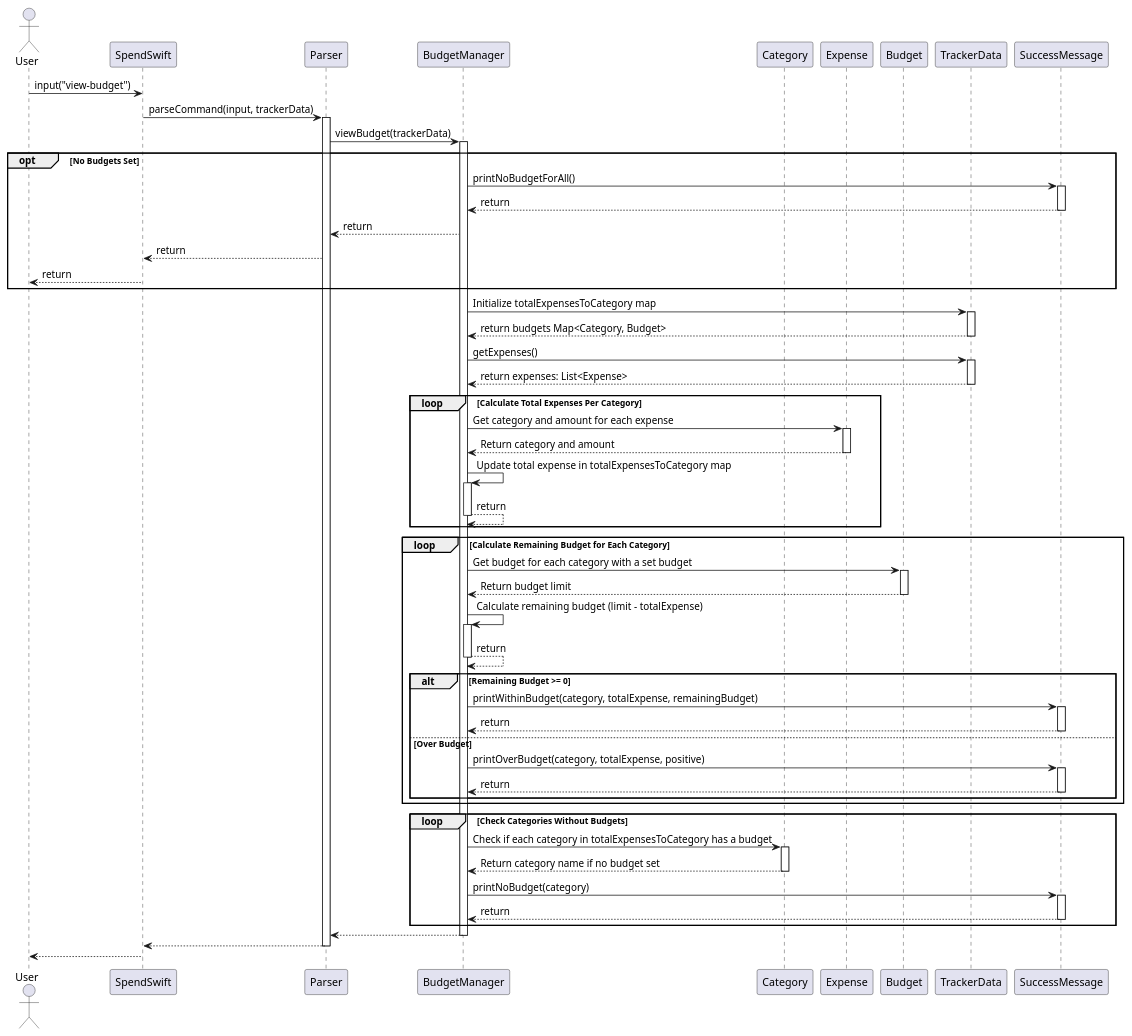
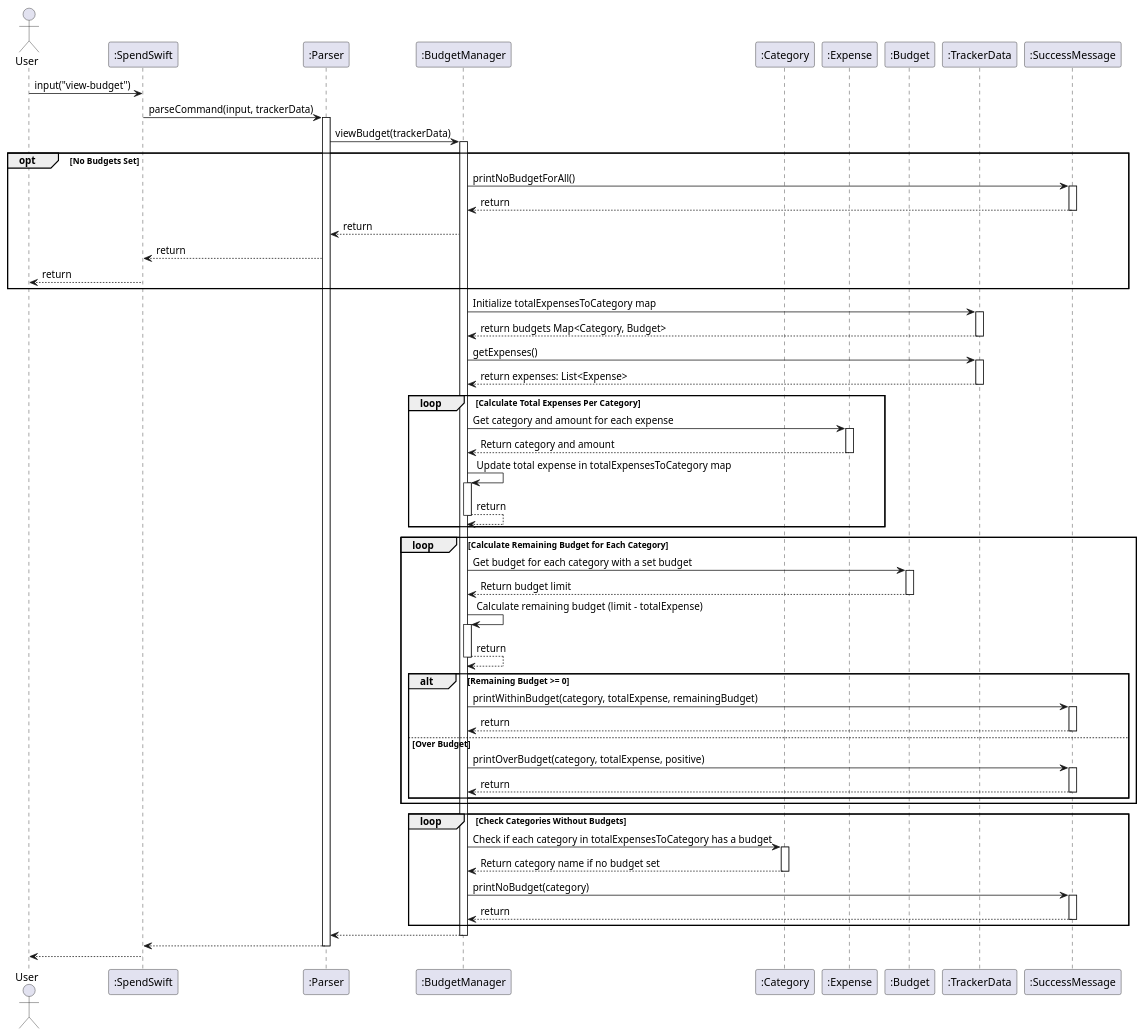
The diagram in docs/diagrams/ViewBudget.puml (nus-cs2113-AY2425S1/tp), drawn with PlantUML before and after one commit. The commit also changed 19 other files, not shown here.

```diff
--- a/docs/diagrams/ViewBudget.puml
+++ b/docs/diagrams/ViewBudget.puml
@@ -1,93 +1,93 @@
 @startuml
 
 actor User
-participant SpendSwift
-participant Parser
-participant BudgetManager
-participant Category
-participant Expense
-participant Budget
-participant TrackerData
-participant SuccessMessage
+participant ":SpendSwift" as SpendSwift
+participant ":Parser" as Parser
+participant ":BudgetManager" as BudgetManager
+participant ":Category" as Category
+participant ":Expense" as Expense
+participant ":Budget" as Budget
+participant ":TrackerData" as TrackerData
+participant ":SuccessMessage" as SuccessMessage
 
 User -> SpendSwift : input("view-budget")
 SpendSwift -> Parser : parseCommand(input, trackerData)
 
 activate Parser
 Parser -> BudgetManager : viewBudget(trackerData)
 activate BudgetManager
 
 opt No Budgets Set
     BudgetManager -> SuccessMessage : printNoBudgetForAll()
     activate SuccessMessage
     SuccessMessage --> BudgetManager : return
     deactivate SuccessMessage
     BudgetManager --> Parser : return
     Parser --> SpendSwift : return
     SpendSwift --> User : return
 end
 
     BudgetManager -> TrackerData : Initialize totalExpensesToCategory map
     activate TrackerData
     TrackerData --> BudgetManager : return budgets Map<Category, Budget>
     deactivate TrackerData
 
     BudgetManager -> TrackerData : getExpenses()
     activate TrackerData
     TrackerData --> BudgetManager : return expenses: List<Expense>
     deactivate TrackerData
 
     loop Calculate Total Expenses Per Category
         BudgetManager -> Expense : Get category and amount for each expense
         activate Expense
         Expense --> BudgetManager : Return category and amount
         deactivate Expense
 
         BudgetManager -> BudgetManager : Update total expense in totalExpensesToCategory map
         activate BudgetManager
             BudgetManager --> BudgetManager : return
         deactivate BudgetManager
     end
 
     loop Calculate Remaining Budget for Each Category
         BudgetManager -> Budget : Get budget for each category with a set budget
         activate Budget
         Budget --> BudgetManager : Return budget limit
         deactivate Budget
 
         BudgetManager -> BudgetManager : Calculate remaining budget (limit - totalExpense)
         activate BudgetManager
         BudgetManager --> BudgetManager : return
         deactivate BudgetManager
 
         alt Remaining Budget >= 0
             BudgetManager -> SuccessMessage : printWithinBudget(category, totalExpense, remainingBudget)
             activate SuccessMessage
             SuccessMessage --> BudgetManager : return
             deactivate SuccessMessage
         else Over Budget
             BudgetManager -> SuccessMessage : printOverBudget(category, totalExpense, positive)
             activate SuccessMessage
             SuccessMessage --> BudgetManager : return
             deactivate SuccessMessage
         end
     end
 
     loop Check Categories Without Budgets
         BudgetManager -> Category : Check if each category in totalExpensesToCategory has a budget
         activate Category
         Category --> BudgetManager : Return category name if no budget set
         deactivate Category
 
         BudgetManager -> SuccessMessage : printNoBudget(category)
         activate SuccessMessage
         SuccessMessage --> BudgetManager : return
         deactivate SuccessMessage
     end
 BudgetManager --> Parser
 deactivate BudgetManager
 Parser --> SpendSwift
 deactivate Parser
 SpendSwift --> User
 deactivate SpendSwift
 @enduml
```
